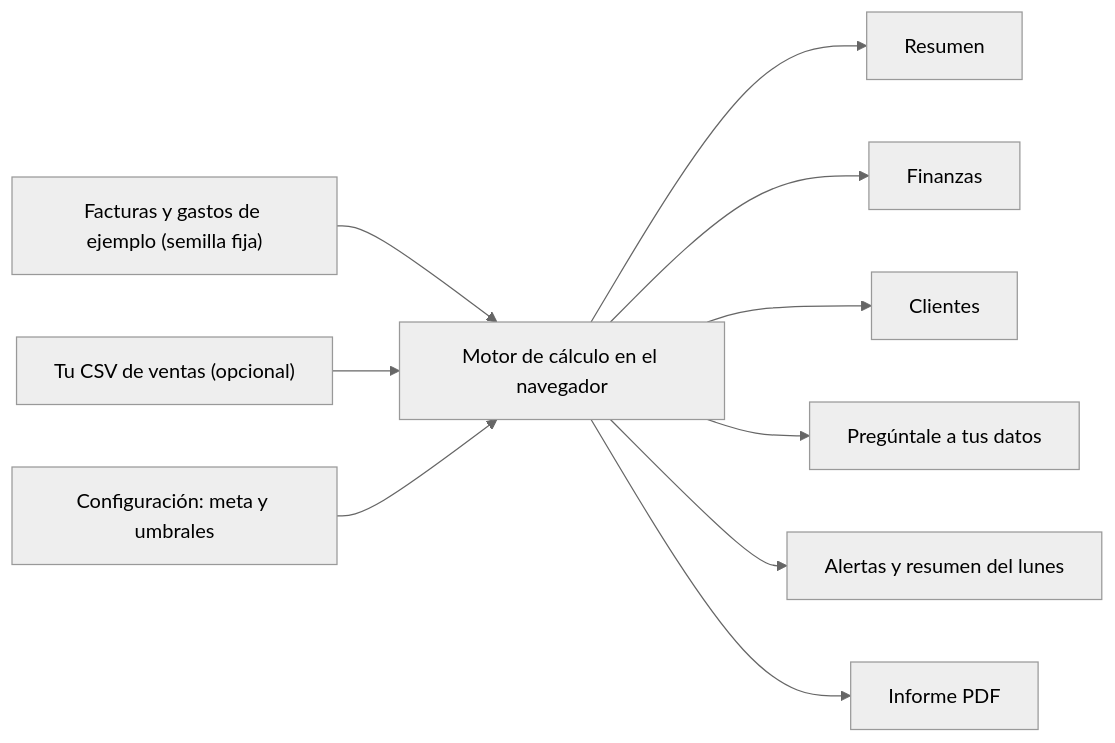
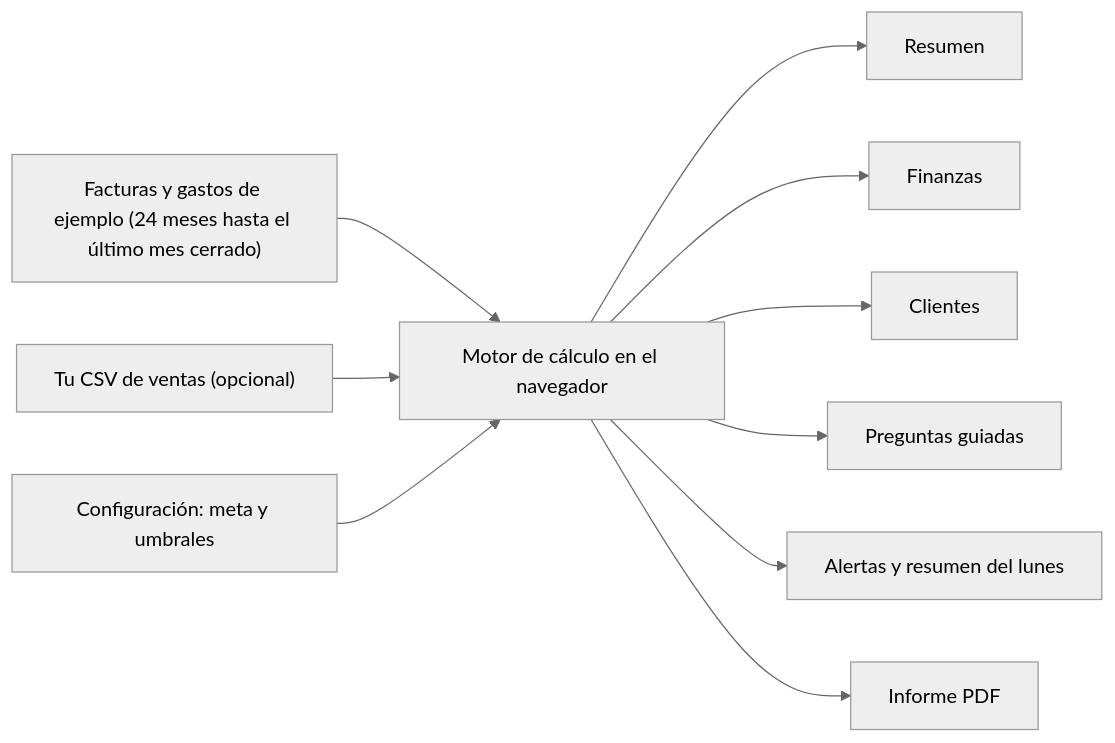
The first of 3 diagrams in docs/wiki/Guia-Demo-dashboard-ejecutivo.md (ronalc90/koptup), drawn with Mermaid (neutral theme) before and after one commit. The commit also changed other lines of this file and 40 other files, not shown here.

````diff
--- a/docs/wiki/Guia-Demo-dashboard-ejecutivo.md
+++ b/docs/wiki/Guia-Demo-dashboard-ejecutivo.md
@@ -13,12 +15,12 @@
 ```mermaid
 flowchart LR
-    S["Facturas y gastos de ejemplo (semilla fija)"] --> E["Motor de cálculo en el navegador"]
+    S["Facturas y gastos de ejemplo (24 meses hasta el último mes cerrado)"] --> E["Motor de cálculo en el navegador"]
     U["Tu CSV de ventas (opcional)"] --> E
     C["Configuración: meta y umbrales"] --> E
     E --> R["Resumen"]
     E --> F["Finanzas"]
     E --> CL["Clientes"]
-    E --> Q["Pregúntale a tus datos"]
+    E --> Q["Preguntas guiadas"]
     E --> A["Alertas y resumen del lunes"]
     E --> P["Informe PDF"]
 ```
````
